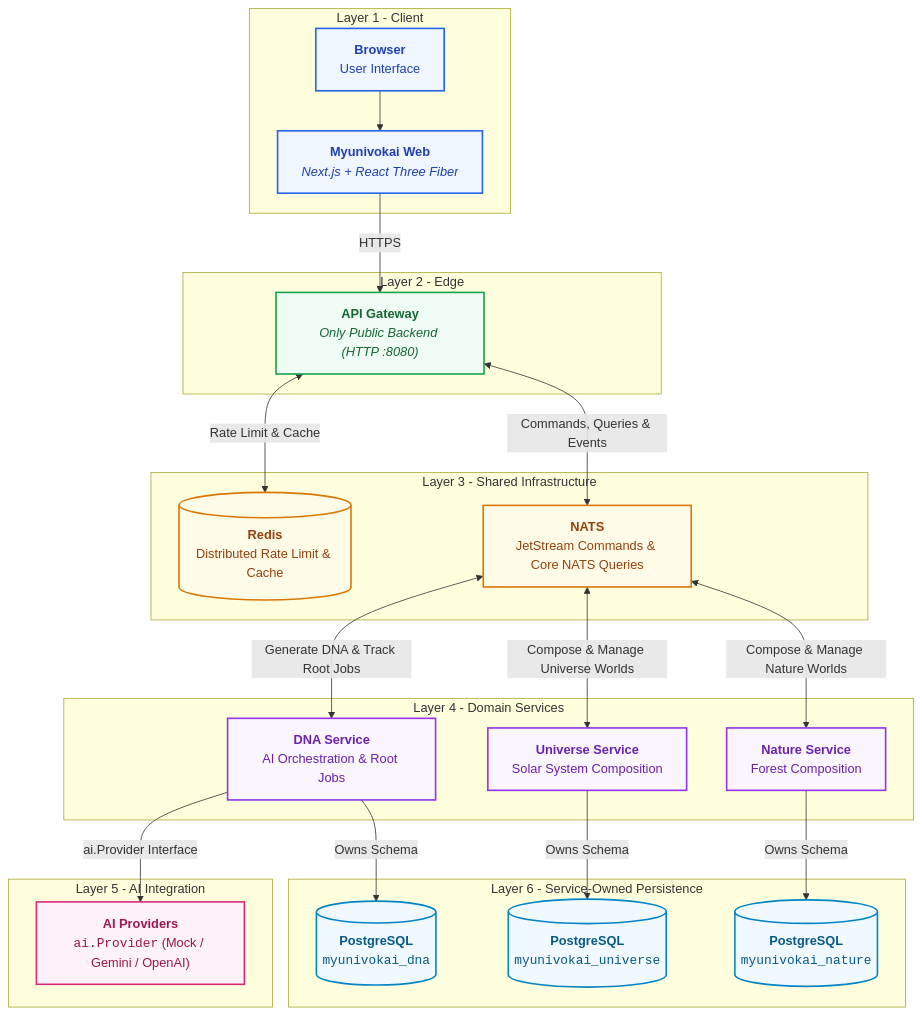
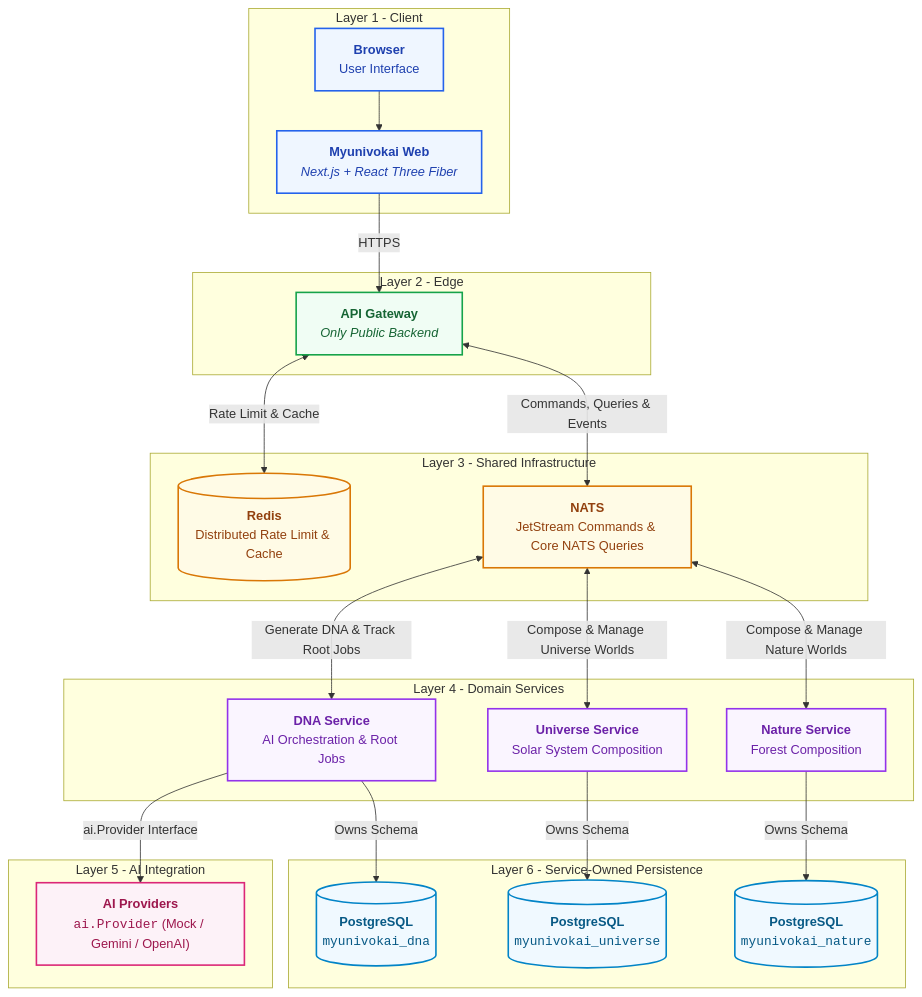
One commit to TuanTran0168/myunivokai changed the diagram in README.md. Above: the diagram before and after it, drawn with Mermaid. The commit also changed other lines of this file, not shown here.

Commit message:
[UPDATE][DOCS][staging]: Restructure README with top-level Architecture and detailed directory tree

````diff
--- a/README.md
+++ b/README.md
@@ -10,52 +10,52 @@
 ```mermaid
 flowchart TB
   %% Class Definitions & Layer Colors
   classDef clientStyle fill:#eff6ff,stroke:#2563eb,stroke-width:2px,color:#1e40af;
   classDef edgeStyle fill:#f0fdf4,stroke:#16a34a,stroke-width:2px,color:#166534;
   classDef infraStyle fill:#fffbe6,stroke:#d97706,stroke-width:2px,color:#92400e;
   classDef domainStyle fill:#faf5ff,stroke:#9333ea,stroke-width:2px,color:#6b21a8;
   classDef aiStyle fill:#fdf2f8,stroke:#db2777,stroke-width:2px,color:#9d174d;
   classDef dbStyle fill:#f0f9ff,stroke:#0284c7,stroke-width:2px,color:#075985;
 
   subgraph clientLayer ["Layer 1 - Client"]
     browser["<b>Browser</b><br/>User Interface"]:::clientStyle
     web["<b>Myunivokai Web</b><br/><i>Next.js + React Three Fiber</i>"]:::clientStyle
     browser --> web
   end
 
   subgraph edgeLayer ["Layer 2 - Edge"]
-    gateway["<b>API Gateway</b><br/><i>Only Public Backend (HTTP :8080)</i>"]:::edgeStyle
+    gateway["<b>API Gateway</b><br/><i>Only Public Backend</i>"]:::edgeStyle
   end
 
   subgraph infrastructureLayer ["Layer 3 - Shared Infrastructure"]
     redis[("<b>Redis</b><br/>Distributed Rate Limit & Cache")]:::infraStyle
     nats["<b>NATS</b><br/>JetStream Commands & Core NATS Queries"]:::infraStyle
   end
 
   subgraph domainLayer ["Layer 4 - Domain Services"]
     dna["<b>DNA Service</b><br/>AI Orchestration & Root Jobs"]:::domainStyle
     universe["<b>Universe Service</b><br/>Solar System Composition"]:::domainStyle
     nature["<b>Nature Service</b><br/>Forest Composition"]:::domainStyle
   end
 
   subgraph integrationLayer ["Layer 5 - AI Integration"]
     providers["<b>AI Providers</b><br/><code>ai.Provider</code> (Mock / Gemini / OpenAI)"]:::aiStyle
   end
 
   subgraph persistenceLayer ["Layer 6 - Service-Owned Persistence"]
     dnaDatabase[("<b>PostgreSQL</b><br/><code>myunivokai_dna</code>")]:::dbStyle
     universeDatabase[("<b>PostgreSQL</b><br/><code>myunivokai_universe</code>")]:::dbStyle
     natureDatabase[("<b>PostgreSQL</b><br/><code>myunivokai_nature</code>")]:::dbStyle
   end
 
   web -->|"HTTPS"| gateway
   gateway <-->|"Rate Limit & Cache"| redis
   gateway <-->|"Commands, Queries & Events"| nats
   nats <-->|"Generate DNA & Track Root Jobs"| dna
   nats <-->|"Compose & Manage Universe Worlds"| universe
   nats <-->|"Compose & Manage Nature Worlds"| nature
   dna -->|"ai.Provider Interface"| providers
   dna -->|"Owns Schema"| dnaDatabase
   universe -->|"Owns Schema"| universeDatabase
   nature -->|"Owns Schema"| natureDatabase
 ```
````
